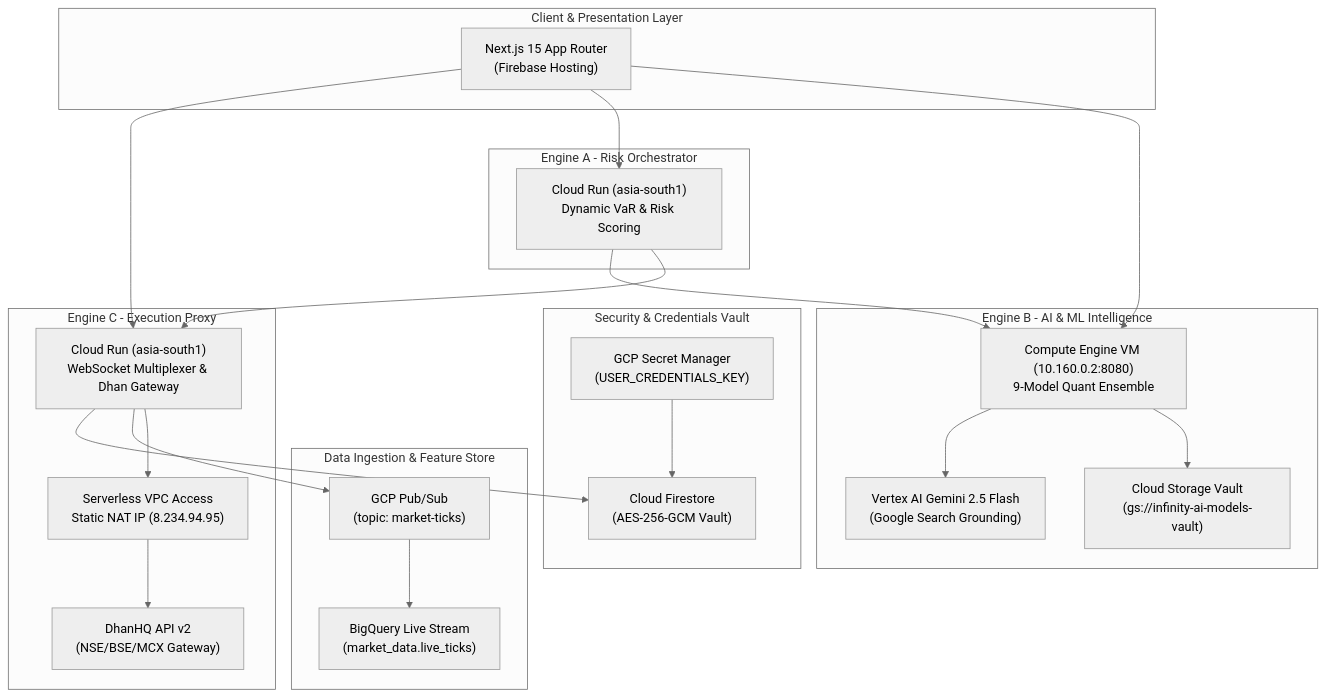
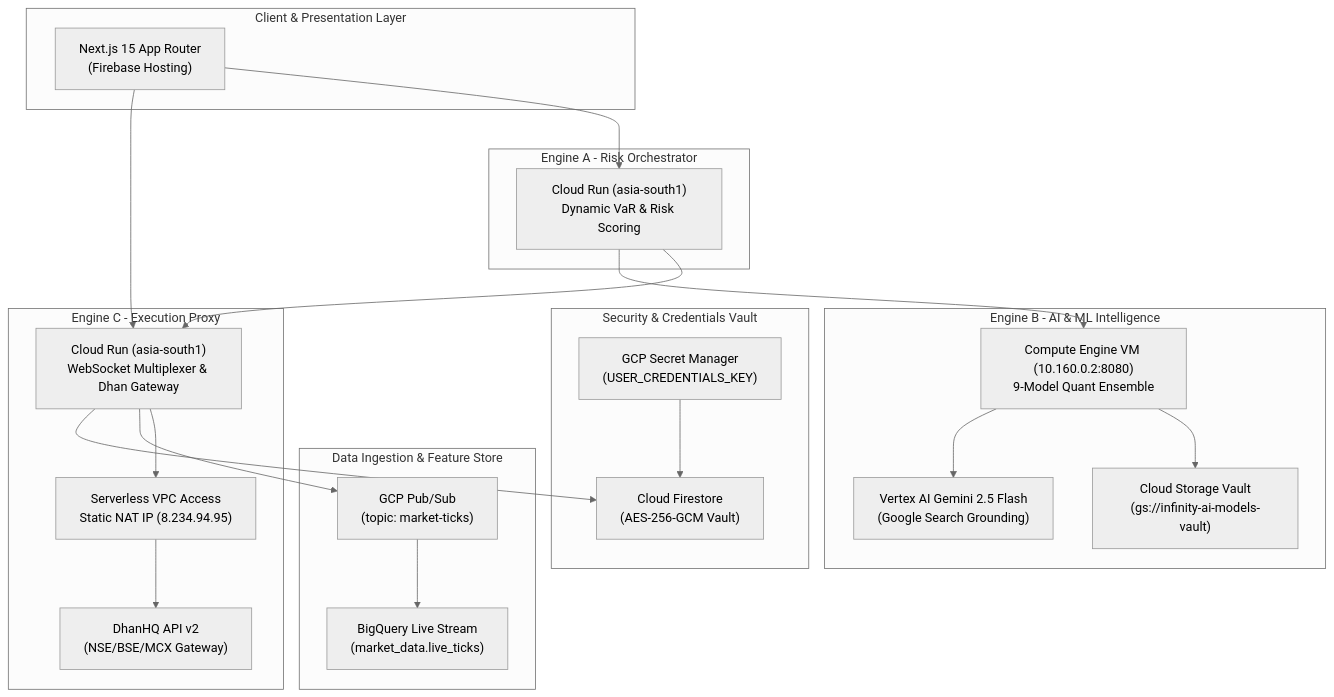
One commit to raghu-1718/InfinityAI.Pro changed the diagram in README.md. Above: the diagram before and after it, drawn with Mermaid (neutral theme). The commit also changed other lines of this file and 13 other files, not shown here.

````diff
--- a/README.md
+++ b/README.md
@@ -36,47 +36,46 @@
 ```mermaid
 flowchart TD
     subgraph Client [Client & Presentation Layer]
         UI["Next.js 15 App Router<br/>(Firebase Hosting)"]
     end
 
     subgraph Security [Security & Credentials Vault]
         SM["GCP Secret Manager<br/>(USER_CREDENTIALS_KEY)"]
         Firestore["Cloud Firestore<br/>(AES-256-GCM Vault)"]
     end
 
     subgraph Data [Data Ingestion & Feature Store]
         PubSub["GCP Pub/Sub<br/>(topic: market-ticks)"]
         BQ["BigQuery Live Stream<br/>(market_data.live_ticks)"]
     end
 
     subgraph Intelligence [Engine B - AI & ML Intelligence]
         VM["Compute Engine VM (10.160.0.2:8080)<br/>9-Model Quant Ensemble"]
         VertexAI["Vertex AI Gemini 2.5 Flash<br/>(Google Search Grounding)"]
         GCS["Cloud Storage Vault<br/>(gs://infinity-ai-models-vault)"]
     end
 
     subgraph Orchestration [Engine A - Risk Orchestrator]
         EngineA["Cloud Run (asia-south1)<br/>Dynamic VaR & Risk Scoring"]
     end
 
     subgraph Execution [Engine C - Execution Proxy]
         EngineC["Cloud Run (asia-south1)<br/>WebSocket Multiplexer & Dhan Gateway"]
         VPC["Serverless VPC Access<br/>Static NAT IP (8.234.94.95)"]
         Dhan["DhanHQ API v2<br/>(NSE/BSE/MCX Gateway)"]
     end
 
     %% Wiring
     UI --> EngineC
     UI --> EngineA
-    UI --> VM
     EngineC --> Firestore
     SM --> Firestore
     EngineC --> PubSub
     PubSub --> BQ
     VM --> VertexAI
     VM --> GCS
     EngineA --> VM
     EngineA --> EngineC
     EngineC --> VPC
     VPC --> Dhan
 ```
````
